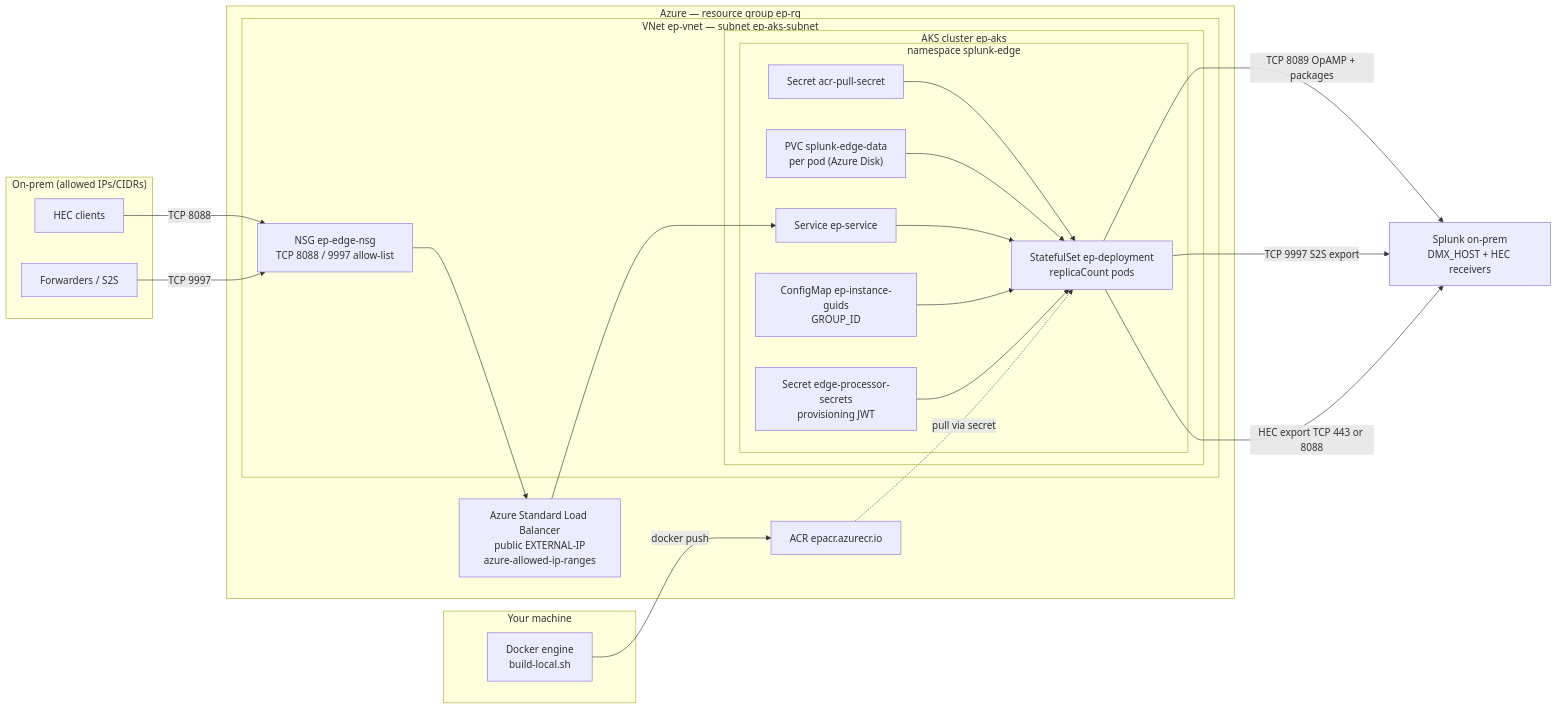
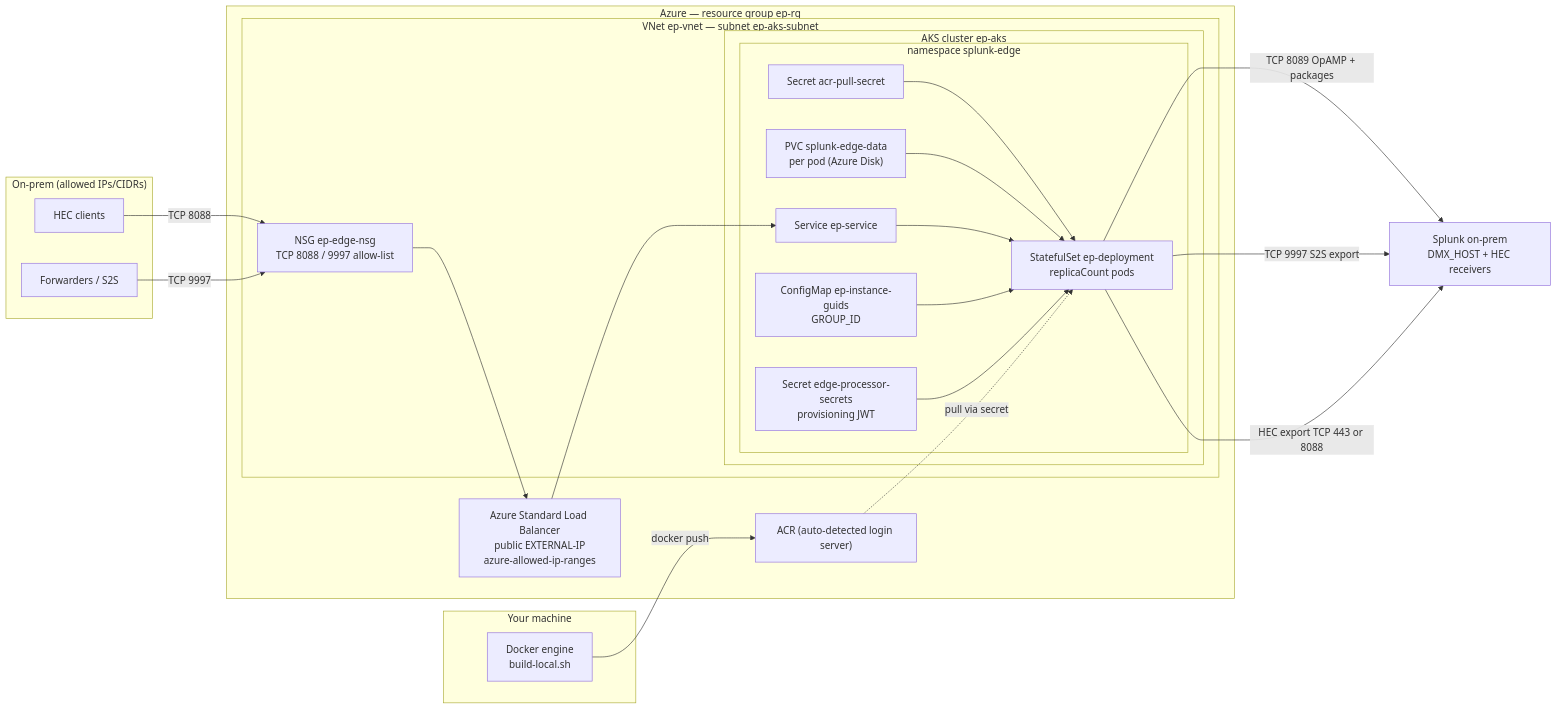
The diagram in README.md (joshal-source/EP_AKS), drawn with Mermaid before and after one commit. The commit also changed other lines of this file and 8 other files, not shown here.

First line of the commit message:
Auto-detect ACR login server for Azure public and Gov clouds.

````diff
--- a/README.md
+++ b/README.md
@@ -26,46 +26,46 @@
 ```mermaid
 flowchart LR
   subgraph onprem["On-prem (allowed IPs/CIDRs)"]
     HEC["HEC clients"]
     UF["Forwarders / S2S"]
   end
 
   subgraph local["Your machine"]
     docker["Docker engine<br/>build-local.sh"]
   end
 
   subgraph azure["Azure — resource group ep-rg"]
-    acr["ACR epacr.azurecr.io"]
+    acr["ACR (auto-detected login server)"]
     subgraph vnet["VNet ep-vnet — subnet ep-aks-subnet"]
       nsg["NSG ep-edge-nsg<br/>TCP 8088 / 9997 allow-list"]
       subgraph aks["AKS cluster ep-aks"]
         subgraph ns["namespace splunk-edge"]
           pullsec["Secret acr-pull-secret"]
           dep["StatefulSet ep-deployment<br/>replicaCount pods"]
           pvc["PVC splunk-edge-data<br/>per pod (Azure Disk)"]
           svc["Service ep-service"]
           cm["ConfigMap ep-instance-guids<br/>GROUP_ID"]
           sec["Secret edge-processor-secrets<br/>provisioning JWT"]
         end
       end
     end
     lb["Azure Standard Load Balancer<br/>public EXTERNAL-IP<br/>azure-allowed-ip-ranges"]
   end
 
   splunk["Splunk on-prem<br/>DMX_HOST + HEC receivers"]
 
   docker -->|"docker push"| acr
   pullsec --> dep
   acr -.->|"pull via secret"| dep
   HEC -->|"TCP 8088"| nsg
   UF -->|"TCP 9997"| nsg
   nsg --> lb
   lb --> svc
   svc --> dep
   cm --> dep
   sec --> dep
   pvc --> dep
   dep -->|"TCP 8089 OpAMP + packages"| splunk
   dep -->|"TCP 9997 S2S export"| splunk
   dep -->|"HEC export TCP 443 or 8088"| splunk
 ```
````
